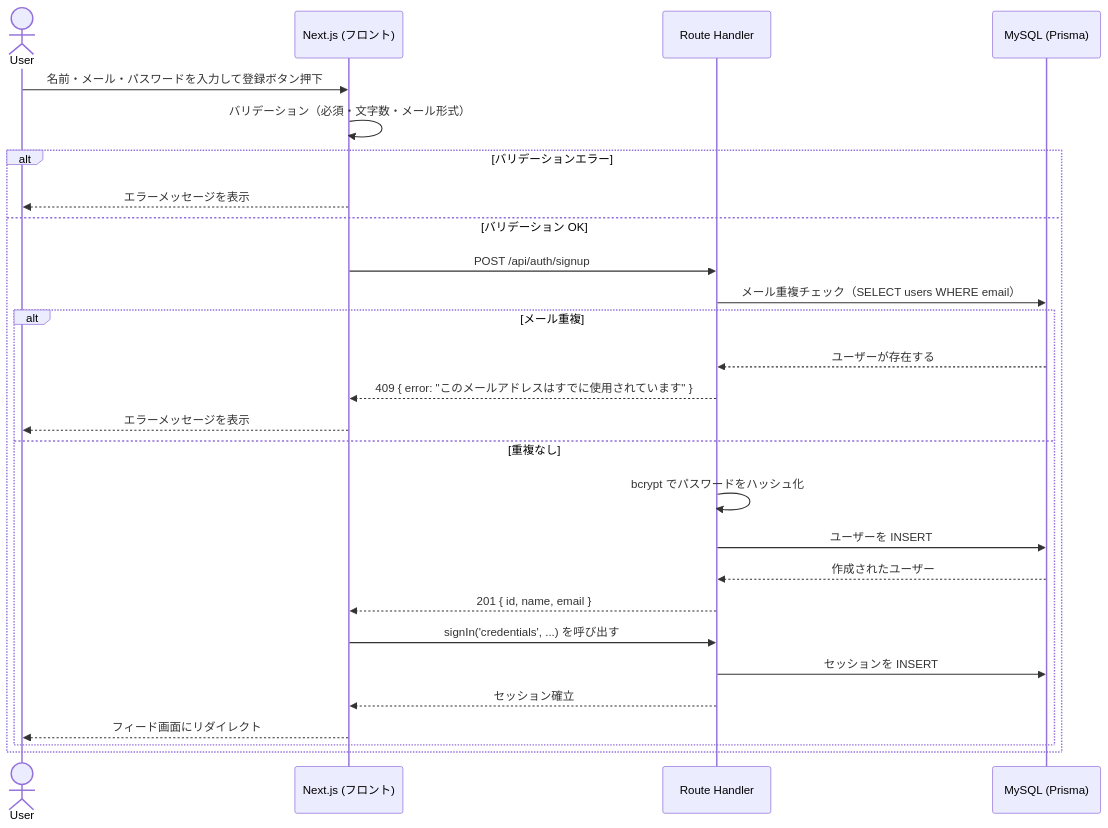
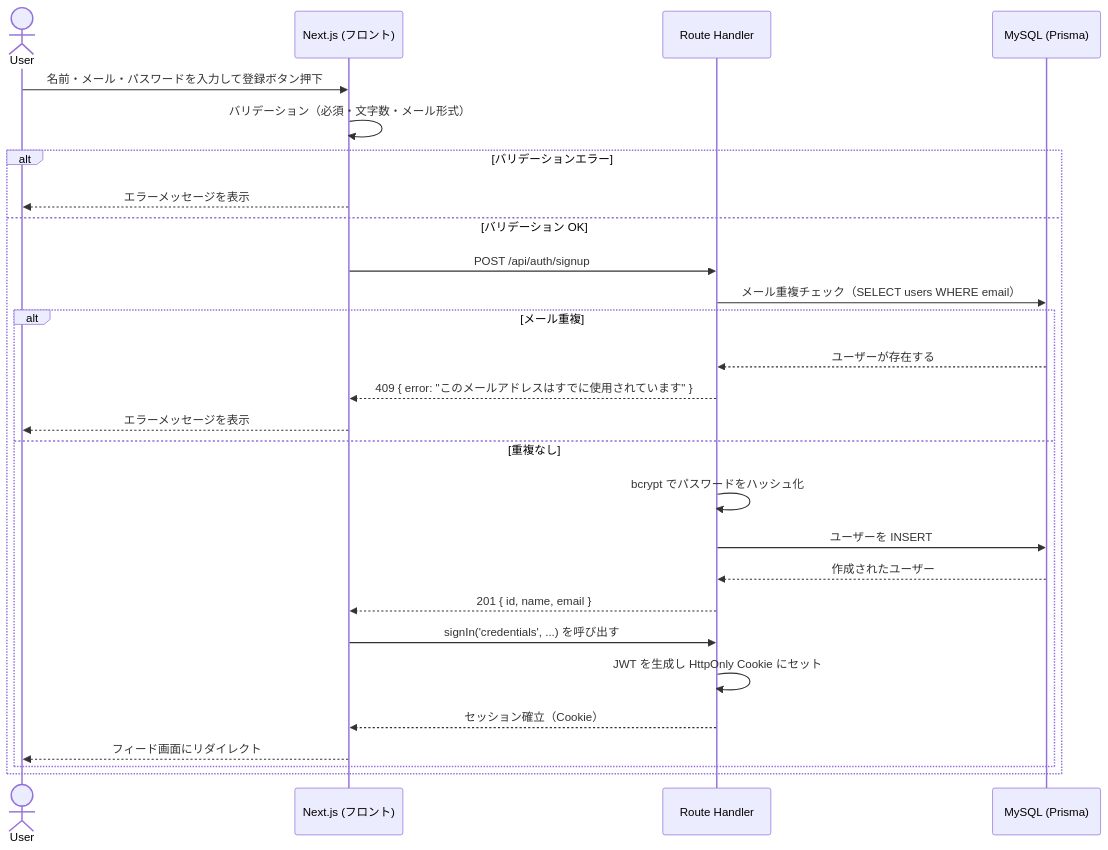
The first of 9 diagrams in docs/シーケンス図.md (saki-nakata/TripDiary), drawn with Mermaid before and after one commit. The commit also changed other lines of this file and 34 other files, not shown here.

````diff
--- a/docs/シーケンス図.md
+++ b/docs/シーケンス図.md
@@ -27,30 +27,30 @@
 ```mermaid
 sequenceDiagram
     actor User
     participant FE as Next.js (フロント)
     participant API as Route Handler
     participant DB as MySQL (Prisma)
 
     User->>FE: 名前・メール・パスワードを入力して登録ボタン押下
     FE->>FE: バリデーション（必須・文字数・メール形式）
     alt バリデーションエラー
         FE-->>User: エラーメッセージを表示
     else バリデーション OK
         FE->>API: POST /api/auth/signup
         API->>DB: メール重複チェック（SELECT users WHERE email）
         alt メール重複
             DB-->>API: ユーザーが存在する
             API-->>FE: 409 { error: "このメールアドレスはすでに使用されています" }
             FE-->>User: エラーメッセージを表示
         else 重複なし
             API->>API: bcrypt でパスワードをハッシュ化
             API->>DB: ユーザーを INSERT
             DB-->>API: 作成されたユーザー
             API-->>FE: 201 { id, name, email }
             FE->>API: signIn('credentials', ...) を呼び出す
-            API->>DB: セッションを INSERT
-            API-->>FE: セッション確立
+            API->>API: JWT を生成し HttpOnly Cookie にセット
+            API-->>FE: セッション確立（Cookie）
             FE-->>User: フィード画面にリダイレクト
         end
     end
 ```
````
